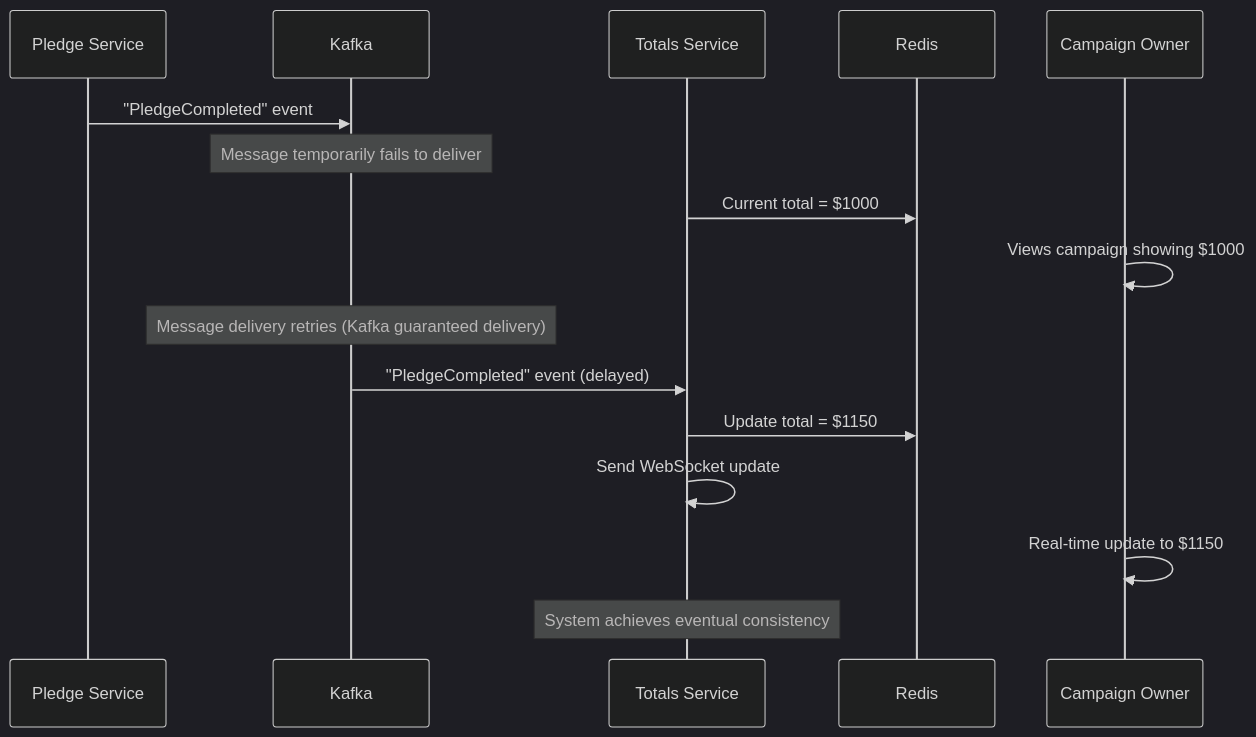
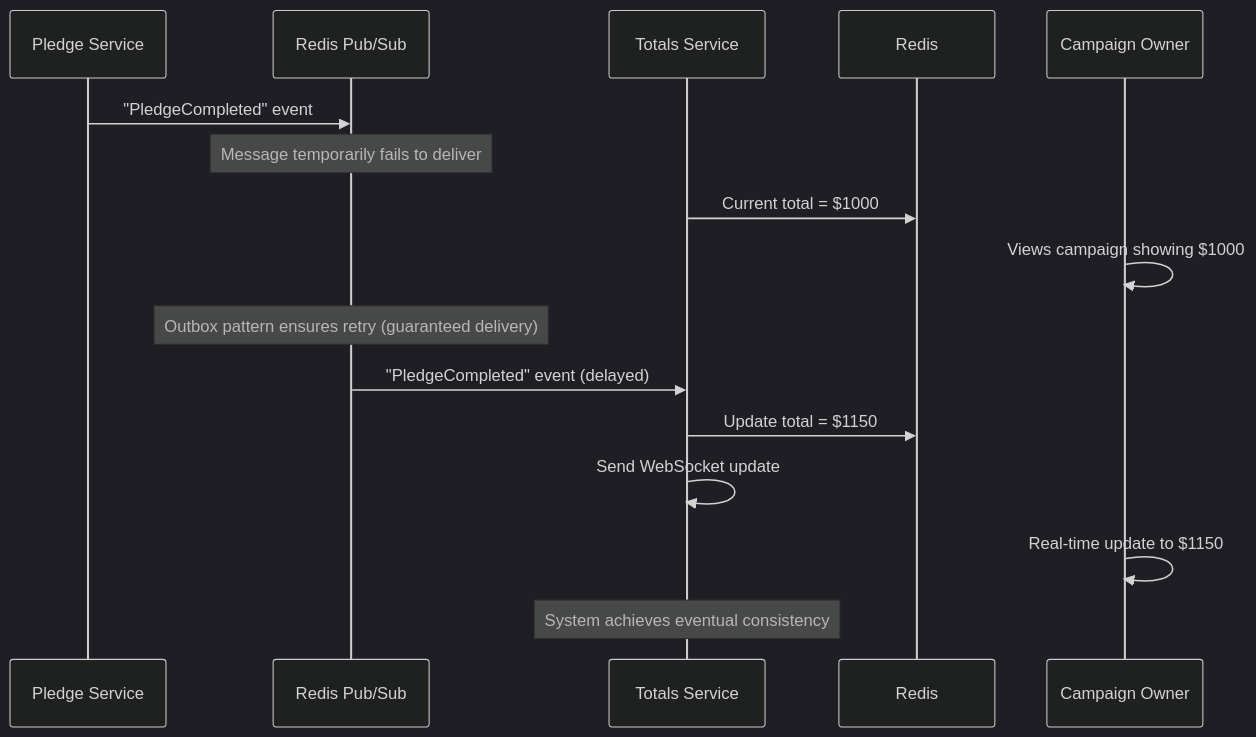
One commit to SM-Shaan/API_Hackathon_Innovatrix changed diagram 19 of 20 in docs/others/SYSTEM_FLOW.md. Above: the diagram before and after it, drawn with Mermaid (dark theme). The commit also changed other lines of this file and 5 other files, not shown here.

First line of the commit message:
docs: add comprehensive architecture diagrams to README

````diff
--- a/docs/others/SYSTEM_FLOW.md
+++ b/docs/others/SYSTEM_FLOW.md
@@ -608,22 +608,22 @@
 ```mermaid
 sequenceDiagram
     participant PledgeSvc as Pledge Service
-    participant Kafka
+    participant RedisPubSub as Redis Pub/Sub
     participant TotalsSvc as Totals Service
     participant Redis
     participant CampaignOwner as Campaign Owner
-    
-    PledgeSvc->>Kafka: "PledgeCompleted" event
-    Note over Kafka: Message temporarily fails to deliver
-    
+
+    PledgeSvc->>RedisPubSub: "PledgeCompleted" event
+    Note over RedisPubSub: Message temporarily fails to deliver
+
     TotalsSvc->>Redis: Current total = $1000
     CampaignOwner->>CampaignOwner: Views campaign showing $1000
-    
-    Note over Kafka: Message delivery retries (Kafka guaranteed delivery)
-    Kafka->>TotalsSvc: "PledgeCompleted" event (delayed)
+
+    Note over RedisPubSub: Outbox pattern ensures retry (guaranteed delivery)
+    RedisPubSub->>TotalsSvc: "PledgeCompleted" event (delayed)
     TotalsSvc->>Redis: Update total = $1150
     TotalsSvc->>TotalsSvc: Send WebSocket update
     CampaignOwner->>CampaignOwner: Real-time update to $1150
-    
+
     Note over TotalsSvc: System achieves eventual consistency
 ```
````
